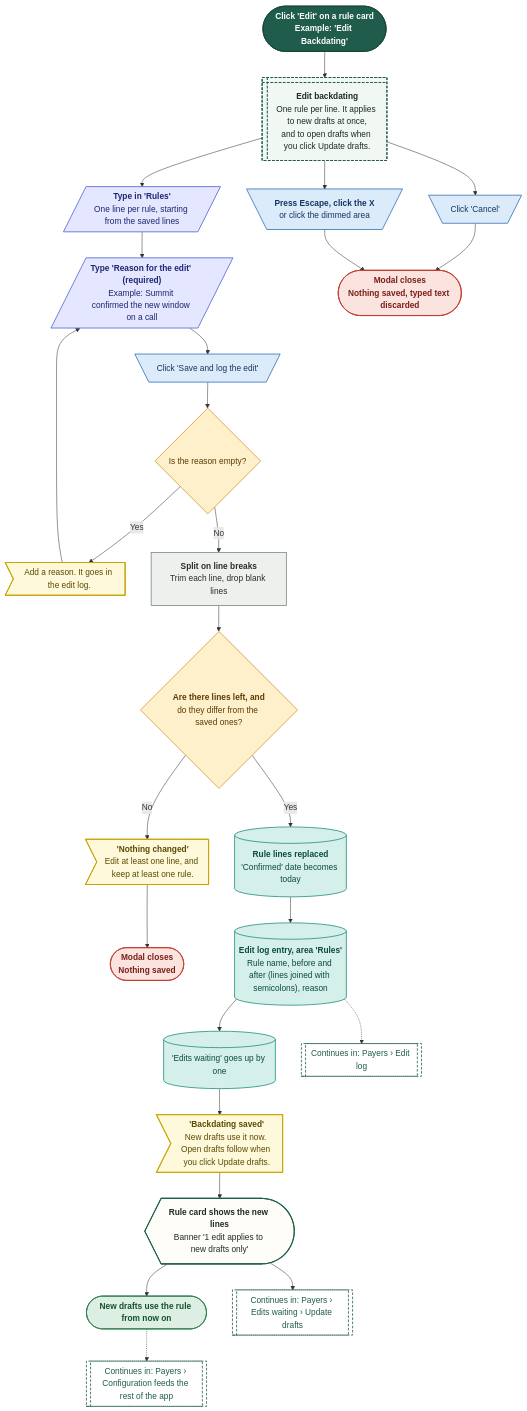
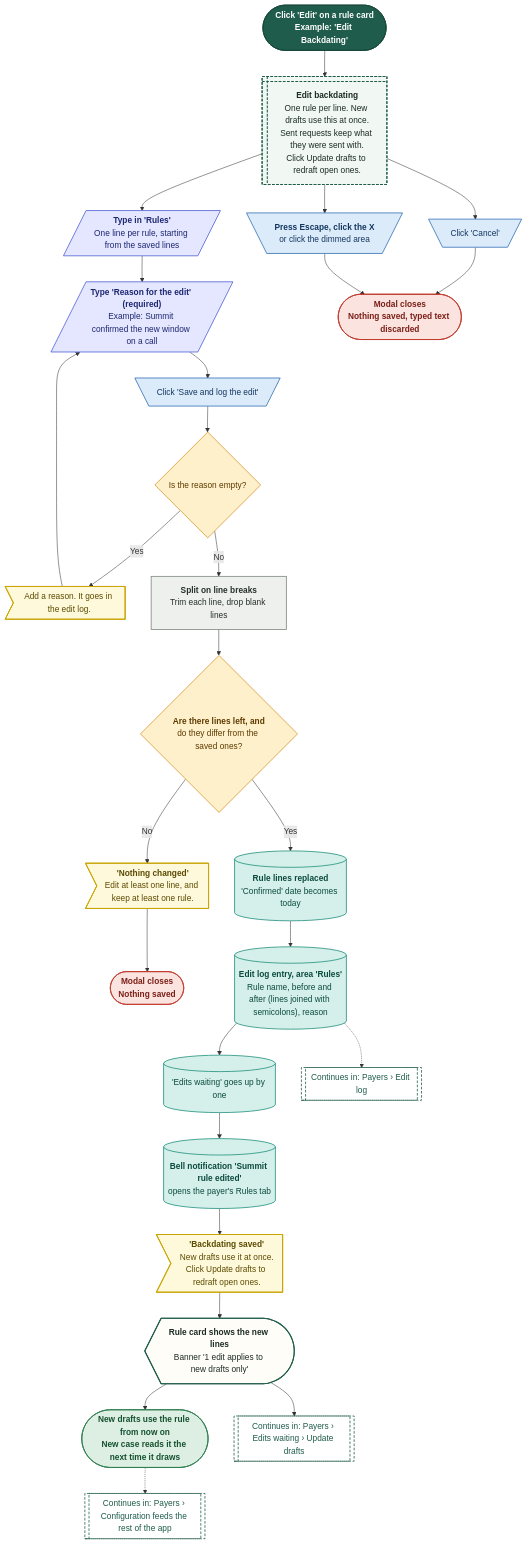
Diagram 15 of 25 in demos/prior-auth-demo/workflows/out/md/10-payers.md (Shrav143/psyfloapp), drawn with Mermaid before and after one commit. The commit also changed other lines of this file and 195 other files, not shown here.

First line of the commit message:
docs: Rebuild workflow diagrams after the demo fixes (220 diagrams)

````diff
--- a/demos/prior-auth-demo/workflows/out/md/10-payers.md
+++ b/demos/prior-auth-demo/workflows/out/md/10-payers.md
@@ -1084,65 +1101,66 @@
 ```mermaid
 %%{init: {"theme":"base","themeVariables":{"fontFamily":"'DM Sans', 'Segoe UI', system-ui, sans-serif","fontSize":"15px","lineColor":"#5B6B63","primaryTextColor":"#1C2B25","clusterBkg":"#FBF8F3","clusterBorder":"#D9CDBB","edgeLabelBackground":"#FFFFFF"},"flowchart":{"curve":"basis","nodeSpacing":36,"rankSpacing":48,"padding":12,"htmlLabels":true,"useMaxWidth":false,"wrappingWidth":230}} }%%
 flowchart TD
   classDef k_start fill:#1F5C4B,stroke:#174638,color:#FFFFFF,stroke-width:1.5px,font-weight:600
   classDef k_end fill:#DDEFE3,stroke:#2E7D4F,color:#14502F,stroke-width:1.5px,font-weight:600
   classDef k_endx fill:#FBE3E0,stroke:#C0392B,color:#7A1F16,stroke-width:1.5px,font-weight:600
   classDef k_screen fill:#FFFDF8,stroke:#1F5C4B,color:#1C2B25,stroke-width:2px
   classDef k_overlay fill:#F1F7F3,stroke:#1F5C4B,color:#1C2B25,stroke-width:2px,stroke-dasharray:5 3
   classDef k_click fill:#DCEBFA,stroke:#2F6DB5,color:#12365F,stroke-width:1.5px
   classDef k_input fill:#E4E7FF,stroke:#4C5FD5,color:#1D2670,stroke-width:1.5px
   classDef k_process fill:#EEF0EE,stroke:#7A857F,color:#26302B,stroke-width:1.5px
   classDef k_agent fill:#EEE5FA,stroke:#7A4FC2,color:#341A63,stroke-width:1.5px
   classDef k_decision fill:#FFF0CC,stroke:#D9962B,color:#5C3B00,stroke-width:1.5px
   classDef k_store fill:#D5F0EA,stroke:#1C8E7B,color:#0B4A3F,stroke-width:1.5px
   classDef k_doc fill:#F6E9DC,stroke:#B07A4C,color:#4A2E14,stroke-width:1.5px
   classDef k_ext fill:#FFE6D2,stroke:#E07B39,color:#6B2F06,stroke-width:1.5px
   classDef k_wait fill:#E4E8EE,stroke:#6B7C93,color:#26303D,stroke-width:1.5px
   classDef k_toast fill:#FFF9DB,stroke:#C9A400,color:#5A4A00,stroke-width:1.5px
   classDef k_goto fill:#FFFFFF,stroke:#1F5C4B,color:#1F5C4B,stroke-width:1.5px,stroke-dasharray:5 3
   s1@{ shape: stadium, label: "<b>Click 'Edit' on a rule card</b><br/>Example: 'Edit Backdating'" }
-  m@{ shape: win-pane, label: "<b>Edit backdating</b><br/>One rule per line. It applies to new drafts at once,<br/>and to open drafts when you click Update drafts." }
+  m@{ shape: win-pane, label: "<b>Edit backdating</b><br/>One rule per line. New drafts use this at once.<br/>Sent requests keep what they were sent with.<br/>Click Update drafts to redraft open ones." }
   i1@{ shape: lean-r, label: "<b>Type in 'Rules'</b><br/>One line per rule, starting from the saved lines" }
   i2@{ shape: lean-r, label: "<b>Type 'Reason for the edit' (required)</b><br/>Example: Summit confirmed the new window on a call" }
   cs@{ shape: trap-t, label: "Click 'Save and log the edit'" }
   d1@{ shape: diam, label: "Is the reason empty?" }
   er@{ shape: odd, label: "Add a reason. It goes in the edit log." }
   tr@{ shape: rect, label: "<b>Split on line breaks</b><br/>Trim each line, drop blank lines" }
   d2@{ shape: diam, label: "<b>Are there lines left, and</b><br/>do they differ from the saved ones?" }
   t0@{ shape: odd, label: "<b>'Nothing changed'</b><br/>Edit at least one line, and keep at least one rule." }
   x0@{ shape: stadium, label: "<b>Modal closes</b><br/>Nothing saved" }
   st@{ shape: cyl, label: "<b>Rule lines replaced</b><br/>'Confirmed' date becomes today" }
   lg@{ shape: cyl, label: "<b>Edit log entry, area 'Rules'</b><br/>Rule name, before and after (lines joined with semicolons), reason" }
   un@{ shape: cyl, label: "'Edits waiting' goes up by one" }
-  t1@{ shape: odd, label: "<b>'Backdating saved'</b><br/>New drafts use it now. Open drafts follow when you click Update drafts." }
+  nt@{ shape: cyl, label: "<b>Bell notification 'Summit rule edited'</b><br/>opens the payer's Rules tab" }
+  t1@{ shape: odd, label: "<b>'Backdating saved'</b><br/>New drafts use it at once.<br/>Click Update drafts to redraft open ones." }
   bn@{ shape: curv-trap, label: "<b>Rule card shows the new lines</b><br/>Banner '1 edit applies to new drafts only'" }
-  e1@{ shape: stadium, label: "New drafts use the rule from now on" }
+  e1@{ shape: stadium, label: "<b>New drafts use the rule from now on</b><br/>New case reads it the next time it draws" }
   cx@{ shape: trap-t, label: "Click 'Cancel'" }
   cesc@{ shape: trap-t, label: "<b>Press Escape, click the X</b><br/>or click the dimmed area" }
   x1@{ shape: stadium, label: "<b>Modal closes</b><br/>Nothing saved, typed text discarded" }
   g1@{ shape: subproc, label: "Continues in: Payers › Edits waiting › Update drafts" }
   g2@{ shape: subproc, label: "Continues in: Payers › Configuration feeds the rest of the app" }
   g3@{ shape: subproc, label: "Continues in: Payers › Edit log" }
   s1 --> m --> i1 --> i2 --> cs --> d1
   d1 -->|"Yes"| er --> i2
   d1 -->|"No"| tr --> d2
   d2 -->|"No"| t0 --> x0
-  d2 -->|"Yes"| st --> lg --> un --> t1 --> bn --> e1
+  d2 -->|"Yes"| st --> lg --> un --> nt --> t1 --> bn --> e1
   bn --> g1
   e1 -.-> g2
   lg -.-> g3
   m --> cx --> x1
   m --> cesc --> x1
   class s1 k_start
   class m k_overlay
   class i1,i2 k_input
   class cs,cx,cesc k_click
   class d1,d2 k_decision
   class er,t0,t1 k_toast
   class tr k_process
   class x0,x1 k_endx
-  class st,lg,un k_store
+  class st,lg,un,nt k_store
   class bn k_screen
   class e1 k_end
   class g1,g2,g3 k_goto
 ```
````
